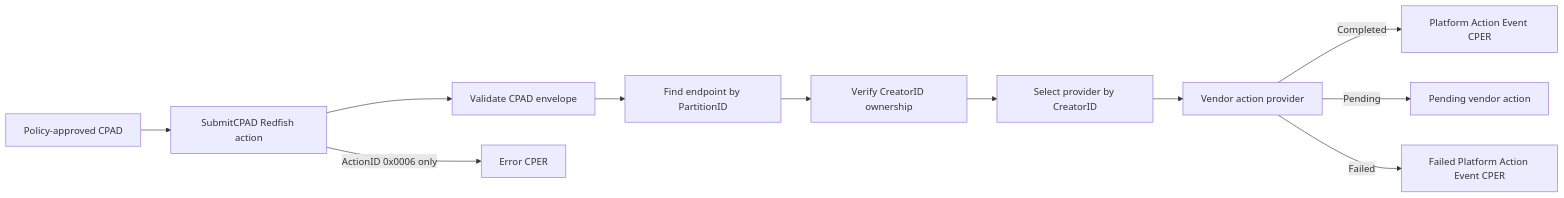
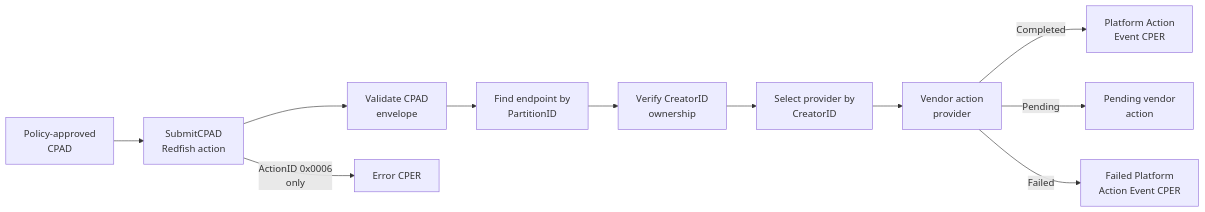
The diagram in src/plugins/ras/README.md (KrishnaAnnam/redfish-dev-server), drawn with Mermaid before and after one commit. The commit also changed 5 other files, not shown here.

First line of the commit message:
docs(contoso): clarify memory vendor shim flow

````diff
--- a/src/plugins/ras/README.md
+++ b/src/plugins/ras/README.md
@@ -45,15 +45,15 @@
 ```mermaid
 flowchart LR
-    Client[Policy-approved CPAD] --> Submit[SubmitCPAD Redfish action]
-    Submit --> Validate[Validate CPAD envelope]
-    Validate --> Endpoint[Find endpoint by PartitionID]
-    Endpoint --> Owner[Verify CreatorID ownership]
-    Owner --> Select[Select provider by CreatorID]
-    Select --> Provider[Vendor action provider]
+    Client["Policy-approved<br/>CPAD"] --> Submit["SubmitCPAD<br/>Redfish action"]
+    Submit --> Validate["Validate CPAD<br/>envelope"]
+    Validate --> Endpoint["Find endpoint by<br/>PartitionID"]
+    Endpoint --> Owner["Verify CreatorID<br/>ownership"]
+    Owner --> Select["Select provider by<br/>CreatorID"]
+    Select --> Provider["Vendor action<br/>provider"]
 
-    Provider -->|Completed| ActionEvent[Platform Action Event CPER]
-    Provider -->|Pending| Pending[Pending vendor action]
-    Provider -->|Failed| FailedEvent[Failed Platform Action Event CPER]
+    Provider -->|Completed| ActionEvent["Platform Action<br/>Event CPER"]
+    Provider -->|Pending| Pending["Pending vendor<br/>action"]
+    Provider -->|Failed| FailedEvent["Failed Platform<br/>Action Event CPER"]
 
-    Submit -->|ActionID 0x0006 only| ErrorCPER[Error CPER]
+    Submit -->|"ActionID 0x0006<br/>only"| ErrorCPER["Error CPER"]
 ```
````
